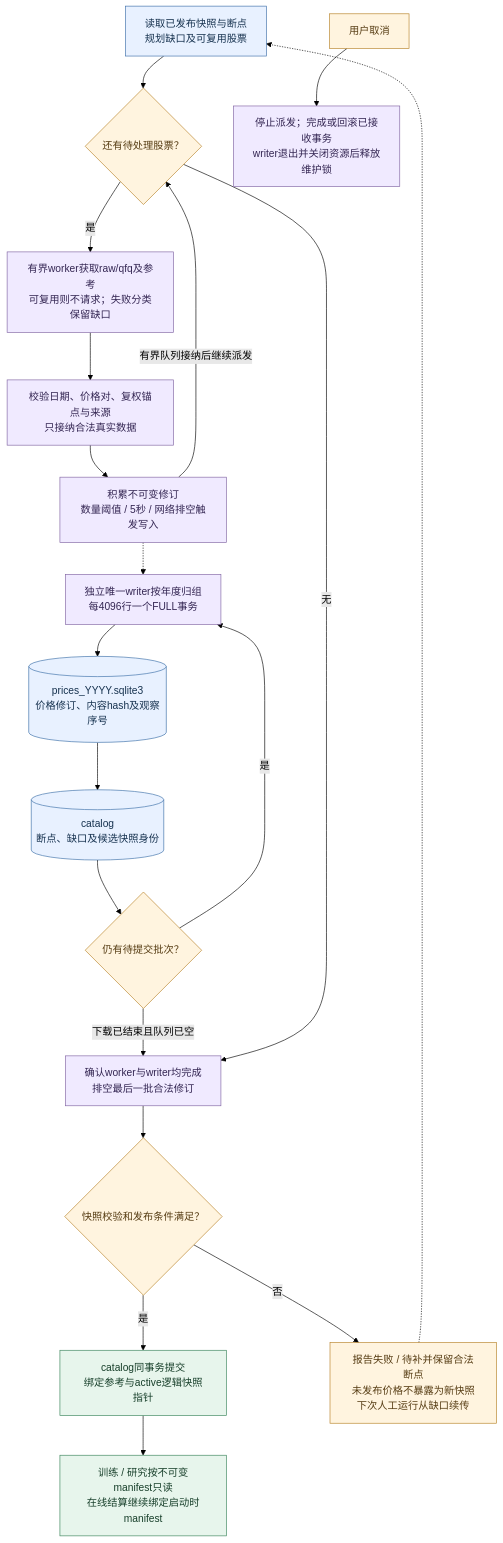
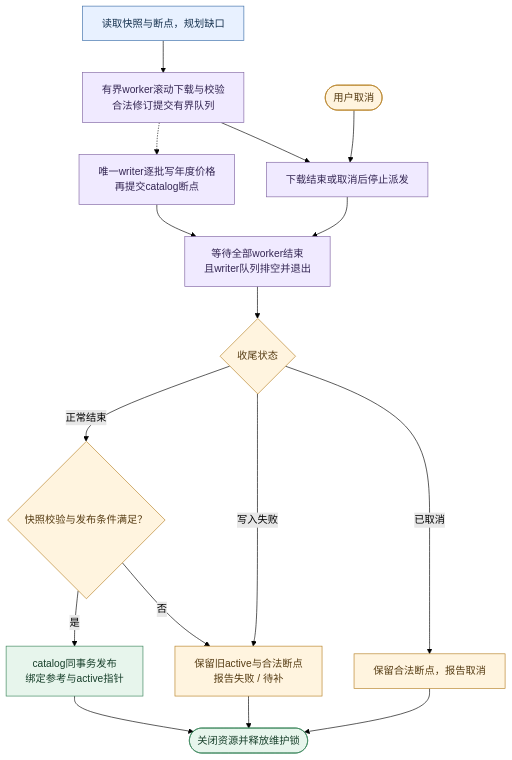
The third of 4 diagrams in docs/4_下载训练.md (373699756/trader), drawn with Mermaid (forest theme) before and after one commit. The commit also changed other lines of this file and 7 other files, not shown here.

````diff
--- a/docs/4_下载训练.md
+++ b/docs/4_下载训练.md
@@ -234,29 +234,26 @@
 ```mermaid
 flowchart TD
-    Plan["读取已发布快照与断点<br/>规划缺口及可复用股票"] --> Next{"还有待处理股票？"}
-    Next -->|是| Fetch["有界worker获取raw/qfq及参考<br/>可复用则不请求；失败分类保留缺口"]
-    Fetch --> Validate["校验日期、价格对、复权锚点与来源<br/>只接纳合法真实数据"]
-    Validate --> Batch["积累不可变修订<br/>数量阈值 / 5秒 / 网络排空触发写入"]
-    Batch -->|有界队列接纳后继续派发| Next
-    Batch -.-> Writer["独立唯一writer按年度归组<br/>每4096行一个FULL事务"]
-    Writer --> Prices[("prices_YYYY.sqlite3<br/>价格修订、内容hash及观察序号")]
-    Prices --> Progress[("catalog<br/>断点、缺口及候选快照身份")]
-    Progress --> Flush{"仍有待提交批次？"}
-    Flush -->|是| Writer
-    Flush -->|下载已结束且队列已空| Drained["确认worker与writer均完成<br/>排空最后一批合法修订"]
-    Next -->|无| Drained
-    Drained --> Verify{"快照校验和发布条件满足？"}
-    Verify -->|是| Publish["catalog同事务提交<br/>绑定参考与active逻辑快照指针"]
-    Verify -->|否| Pending["报告失败 / 待补并保留合法断点<br/>未发布价格不暴露为新快照<br/>下次人工运行从缺口续传"]
-    Pending -.-> Plan
-    Publish --> Readers["训练 / 研究按不可变manifest只读<br/>在线结算继续绑定启动时manifest"]
-    Cancel["用户取消"] --> Drain["停止派发；完成或回滚已接收事务<br/>writer退出并关闭资源后释放维护锁"]
+    Plan["读取快照与断点，规划缺口"] --> Work["有界worker滚动下载与校验<br/>合法修订提交有界队列"]
+    Work --> Stop["下载结束或取消后停止派发"]
+    Cancel(["用户取消"]) --> Stop
+    Work -.-> Writer["唯一writer逐批写年度价格<br/>再提交catalog断点"]
+    Stop --> Join["等待全部worker结束<br/>且writer队列排空并退出"]
+    Writer --> Join
+    Join --> State{"收尾状态"}
+    State -->|已取消| Cancelled["保留合法断点，报告取消"]
+    State -->|写入失败| Pending["保留旧active与合法断点<br/>报告失败 / 待补"]
+    State -->|正常结束| Verify{"快照校验与发布条件满足？"}
+    Verify -->|否| Pending
+    Verify -->|是| Publish["catalog同事务发布<br/>绑定参考与active指针"]
+    Publish --> Exit(["关闭资源并释放维护锁"])
+    Pending --> Exit
+    Cancelled --> Exit
     classDef input fill:#e8f1ff,stroke:#3b6ea8,color:#16324f;
     classDef work fill:#f0eaff,stroke:#8064a2,color:#342653;
     classDef result fill:#e7f5ec,stroke:#39845a,color:#173f2a;
     classDef gate fill:#fff4df,stroke:#b78126,color:#563c13;
-    class Plan,Prices,Progress input;
-    class Fetch,Validate,Batch,Writer,Drain,Drained work;
-    class Publish,Readers result;
-    class Next,Flush,Verify,Pending,Cancel gate;
+    class Plan input;
+    class Work,Writer,Stop,Join work;
+    class Publish,Exit result;
+    class State,Verify,Pending,Cancel,Cancelled gate;
 ```
````
